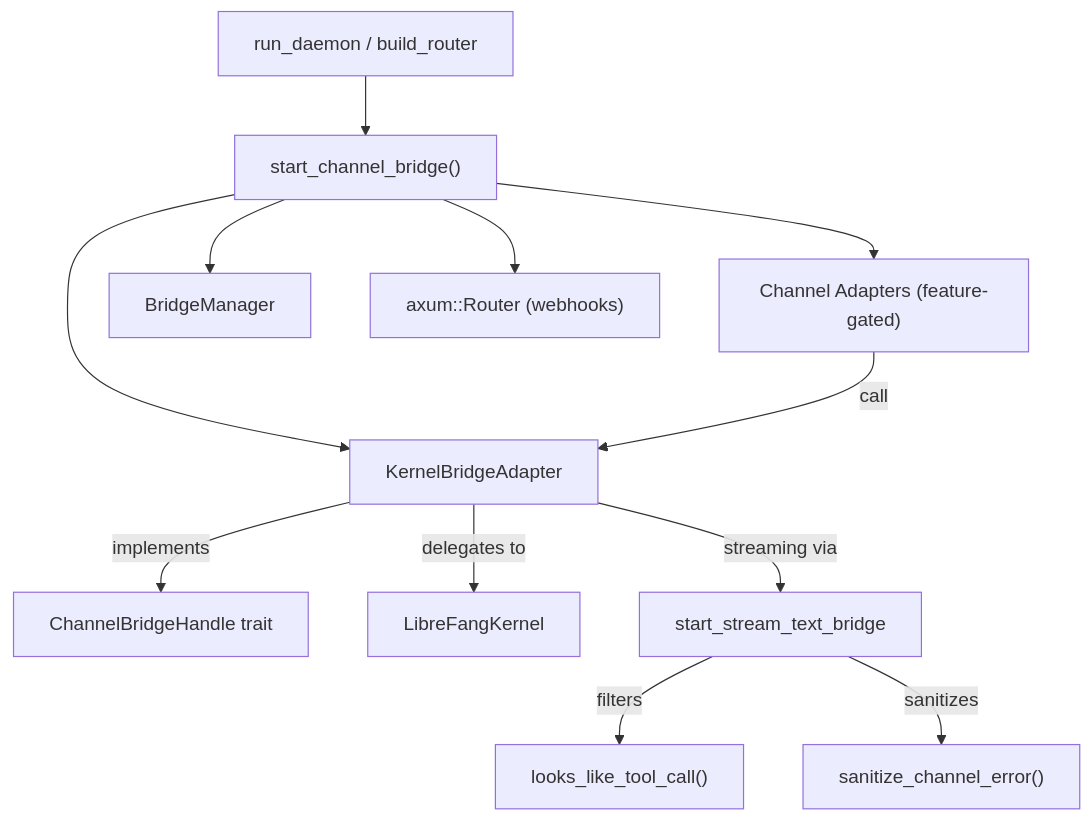
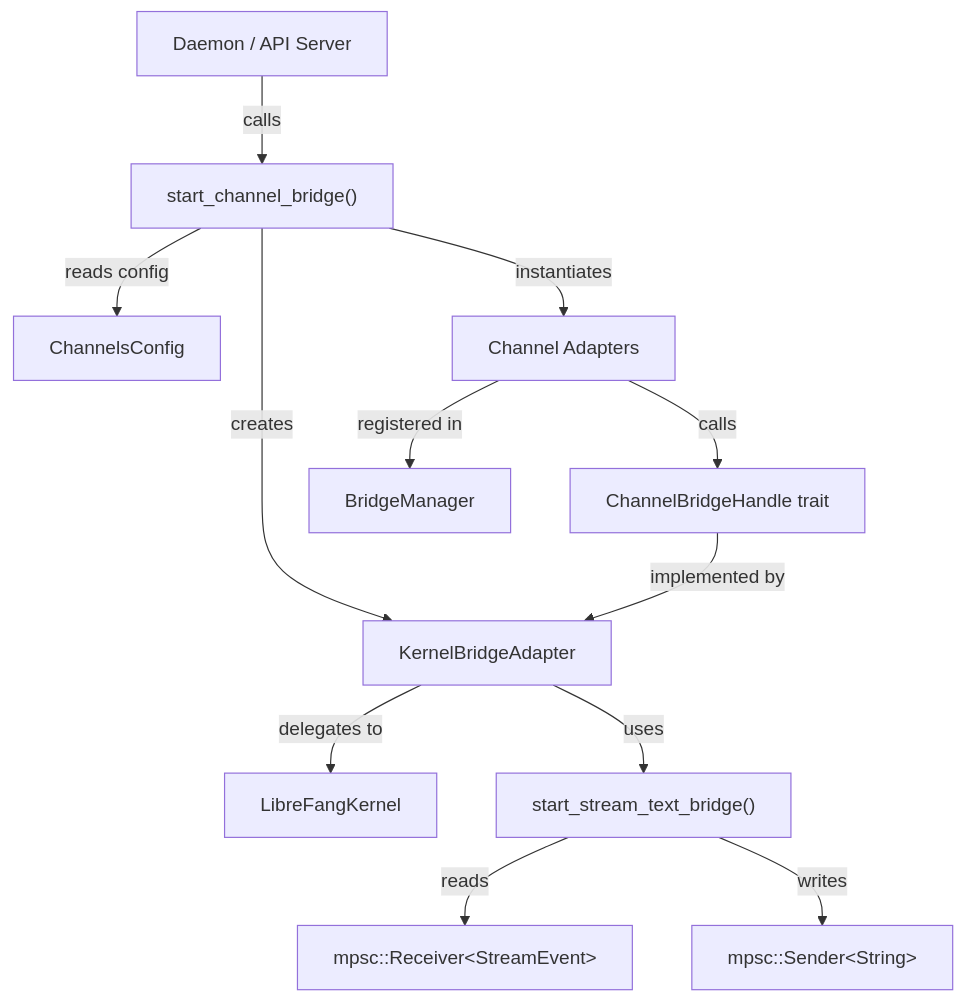
One commit to leszek3737/librefang-WIki changed the diagram in api-server.md. Above: the diagram before and after it, drawn with Mermaid. The commit also changed other lines of this file and 100 other files, not shown here.

````diff
--- a/api-server.md
+++ b/api-server.md
@@ -13,17 +9,14 @@
 ```mermaid
 graph TD
-    Daemon["run_daemon / build_router"] --> SCB["start_channel_bridge()"]
-    SCB --> KBA["KernelBridgeAdapter"]
-    SCB --> Adapters["Channel Adapters (feature-gated)"]
-    SCB --> BM["BridgeManager"]
-    SCB --> WR["axum::Router (webhooks)"]
-
-    KBA -->|implements| CBH["ChannelBridgeHandle trait"]
-    KBA -->|delegates to| Kernel["LibreFangKernel"]
-
-    Adapters -->|call| KBA
-    KBA -->|streaming via| STB["start_stream_text_bridge"]
-
-    STB -->|filters| LTC["looks_like_tool_call()"]
-    STB -->|sanitizes| SCE["sanitize_channel_error()"]
+    Daemon["Daemon / API Server"] -->|calls| SCB["start_channel_bridge()"]
+    SCB -->|reads config| CFG["ChannelsConfig"]
+    SCB -->|creates| KBA["KernelBridgeAdapter"]
+    SCB -->|instantiates| ADAPTERS["Channel Adapters"]
+    ADAPTERS -->|registered in| BM["BridgeManager"]
+    KBA -->|delegates to| KERNEL["LibreFangKernel"]
+    ADAPTERS -->|calls| CBH["ChannelBridgeHandle trait"]
+    CBH -->|implemented by| KBA
+    KBA -->|uses| STB["start_stream_text_bridge()"]
+    STB -->|reads| SE["mpsc::Receiver&lt;StreamEvent&gt;"]
+    STB -->|writes| TX["mpsc::Sender&lt;String&gt;"]
 ```
````
